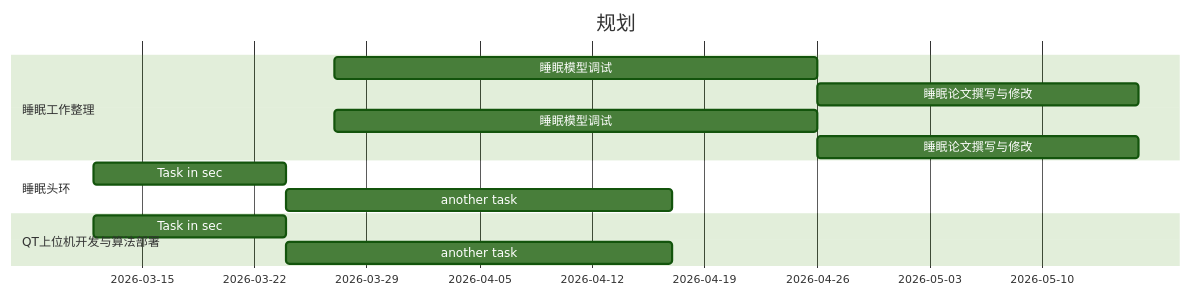
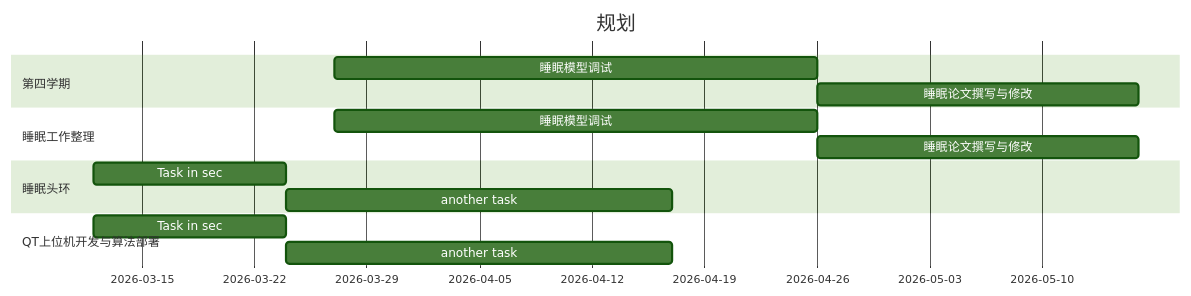
Before and after one commit to ChangMY-TJU/iodraw-files: the diagram in all/代码甘特图.md, drawn with Mermaid (forest theme).

Commit message:
2026-03-27 14:45:57 update

````diff
--- a/all/代码甘特图.md
+++ b/all/代码甘特图.md
@@ -1,18 +1,18 @@
 ```mermaid
 gantt
     title 规划
     dateFormat  YYYY-MM-DD
-        section 睡眠工作整理
+    section 第四学期
     睡眠模型调试      :a1, 2026-03-27, 30d
     睡眠论文撰写与修改     :after a1  , 20d
     section 睡眠工作整理
     睡眠模型调试      :a1, 2026-03-27, 30d
     睡眠论文撰写与修改     :after a1  , 20d
     section 睡眠头环
     Task in sec      :2026-03-12  , 12d
     another task      : 24d
     section QT上位机开发与算法部署
     Task in sec      :2026-03-12  , 12d
     another task      : 24d
 
 ```
````
